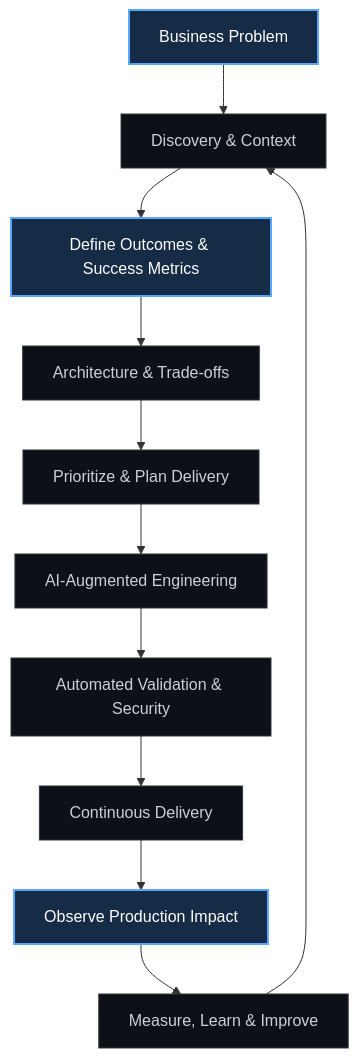
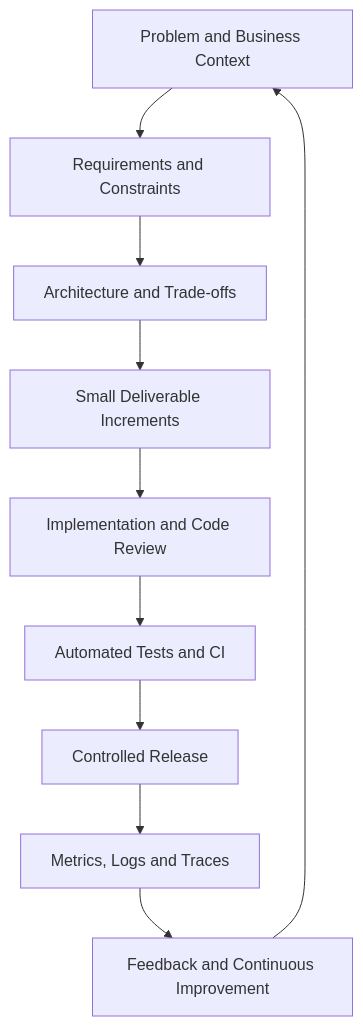
The second of 2 diagrams in README.md (MobinRezaeifar/MobinRezaeifar), drawn with Mermaid before and after one commit. The commit also changed other lines of this file, not shown here.

````diff
--- a/README.md
+++ b/README.md
@@ -140,17 +108,12 @@
 ```mermaid
 flowchart TD
-    A["Business Problem"] --> B["Discovery & Context"]
-    B --> C["Define Outcomes & Success Metrics"]
-    C --> D["Architecture & Trade-offs"]
-    D --> E["Prioritize & Plan Delivery"]
-    E --> F["AI-Augmented Engineering"]
-    F --> G["Automated Validation & Security"]
-    G --> H["Continuous Delivery"]
-    H --> I["Observe Production Impact"]
-    I --> J["Measure, Learn & Improve"]
-    J --> B
-
-    classDef default fill:#0d1117,stroke:#30363d,stroke-width:1px,color:#c9d1d9
-    classDef highlight fill:#162b45,stroke:#58a6ff,stroke-width:2px,color:#ffffff
-    class A,C,I highlight
+    A[Problem and Business Context] --> B[Requirements and Constraints]
+    B --> C[Architecture and Trade-offs]
+    C --> D[Small Deliverable Increments]
+    D --> E[Implementation and Code Review]
+    E --> F[Automated Tests and CI]
+    F --> G[Controlled Release]
+    G --> H[Metrics, Logs and Traces]
+    H --> I[Feedback and Continuous Improvement]
+    I --> A
 ```
````
